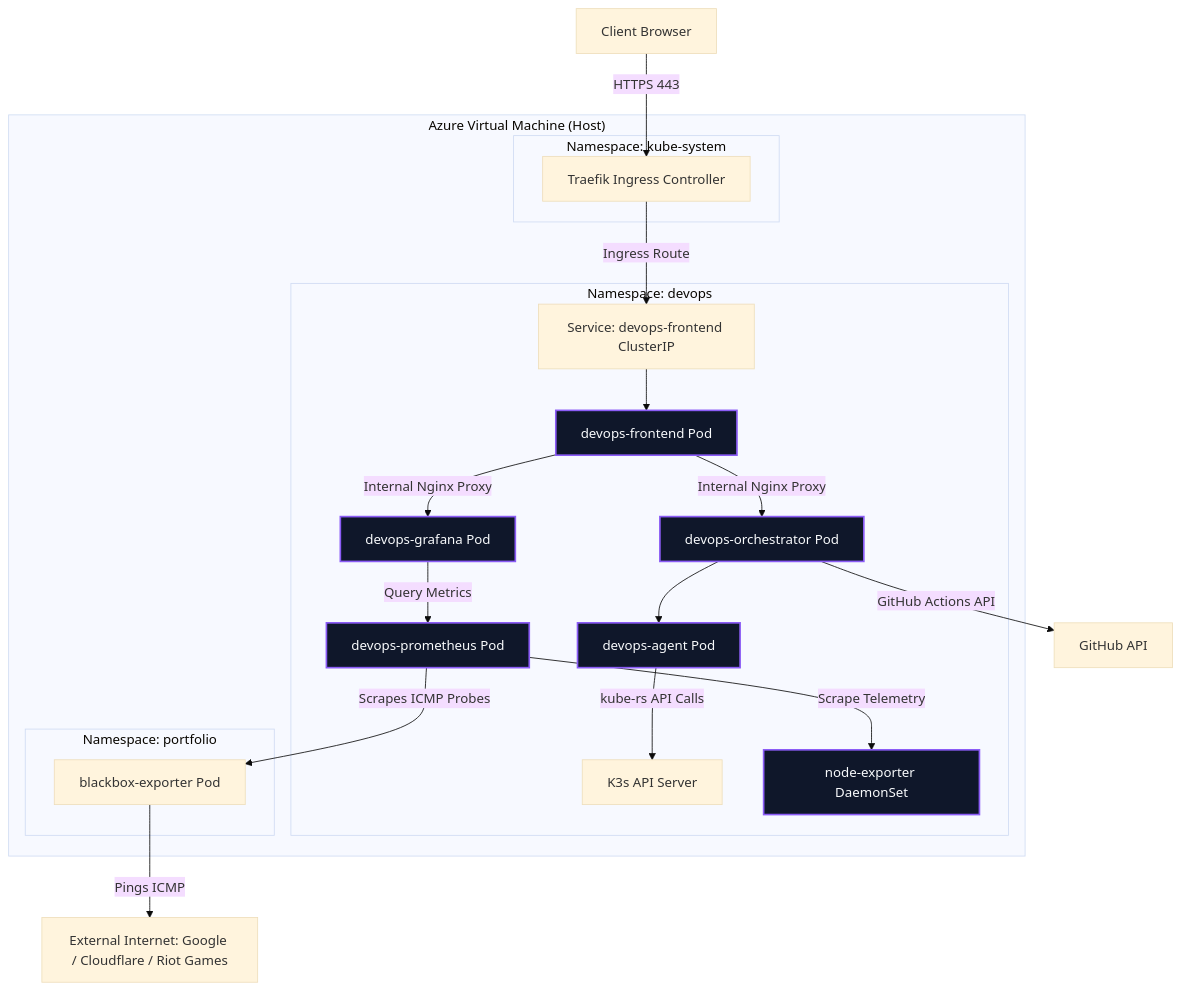
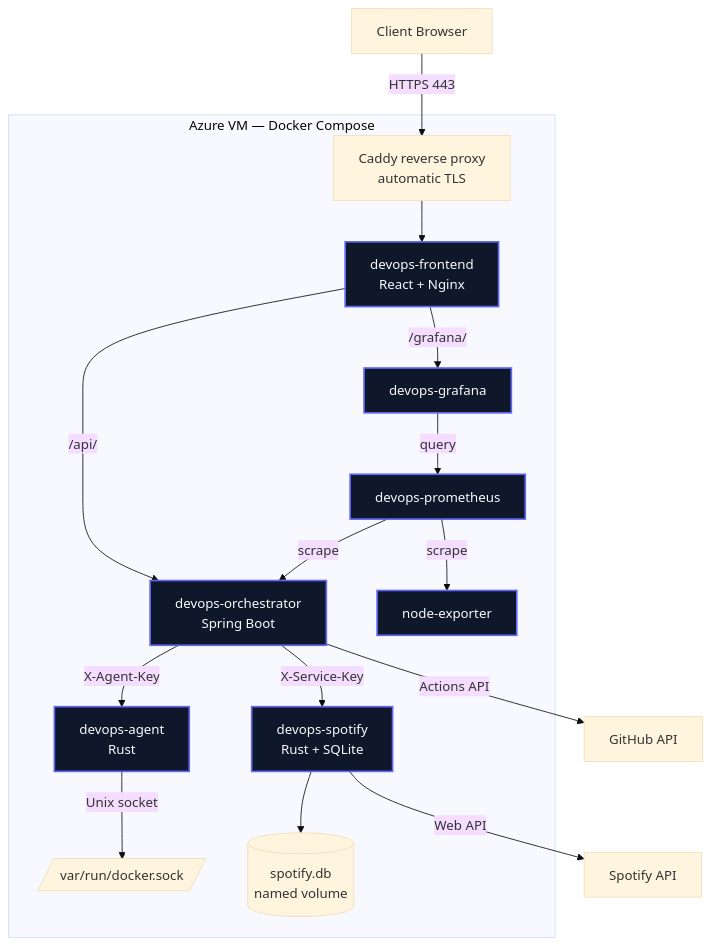
One commit to mattDev0/devops-control-center changed the first of 2 diagrams in README.md. Above: the diagram before and after it, drawn with Mermaid (base theme). The commit also changed other lines of this file, not shown here.

````diff
--- a/README.md
+++ b/README.md
@@ -34,34 +34,26 @@
 ```mermaid
 graph TD
-    Client[Client Browser] -->|HTTPS 443| Traefik[Traefik Ingress Controller]
-    
-    subgraph "Azure Virtual Machine (Host)"
-        subgraph "Namespace: kube-system"
-            Traefik
-        end
+    Client[Client Browser] -->|HTTPS 443| Caddy[Caddy reverse proxy<br/>automatic TLS]
 
-        subgraph "Namespace: devops"
-            Traefik -->|Ingress Route| K8sDevOpsFE[Service: devops-frontend ClusterIP]
-            K8sDevOpsFE --> DevOpsFE[devops-frontend Pod]
-            DevOpsFE -->|Internal Nginx Proxy| Orchestrator[devops-orchestrator Pod]
-            DevOpsFE -->|Internal Nginx Proxy| Grafana[devops-grafana Pod]
-            
-            Orchestrator --> Agent[devops-agent Pod]
-            Agent -->|kube-rs API Calls| K8sAPI[K3s API Server]
-            
-            Grafana -->|Query Metrics| Prom[devops-prometheus Pod]
-            Prom -->|Scrape Telemetry| NodeExp[node-exporter DaemonSet]
-        end
+    subgraph VM["Azure VM &mdash; Docker Compose"]
+        Caddy --> FE[devops-frontend<br/>React + Nginx]
+        FE -->|/api/| Orch[devops-orchestrator<br/>Spring Boot]
+        FE -->|/grafana/| Graf[devops-grafana]
 
-        subgraph "Namespace: portfolio"
-            Blackbox[blackbox-exporter Pod]
-        end
+        Orch -->|X-Agent-Key| Agent[devops-agent<br/>Rust]
+        Orch -->|X-Service-Key| Spot[devops-spotify<br/>Rust + SQLite]
+
+        Agent -->|Unix socket| Sock[/var/run/docker.sock/]
+        Spot --> DB[(spotify.db<br/>named volume)]
+
+        Graf -->|query| Prom[devops-prometheus]
+        Prom -->|scrape| NodeExp[node-exporter]
+        Prom -->|scrape| Orch
     end
 
-    Orchestrator -->|GitHub Actions API| GitHub[GitHub API]
-    Prom -->|Scrapes ICMP Probes| Blackbox
-    Blackbox -->|Pings ICMP| Internet[External Internet: Google / Cloudflare / Riot Games]
+    Orch -->|Actions API| GitHub[GitHub API]
+    Spot -->|Web API| Spotify[Spotify API]
 
-    classDef devops fill:#0f172a,stroke:#8b5cf6,stroke-width:2px,color:#f8fafc;
-    class DevOpsFE,Orchestrator,Agent,Grafana,Prom,NodeExp devops;
+    classDef svc fill:#0f172a,stroke:#6366f1,stroke-width:2px,color:#f8fafc;
+    class FE,Orch,Agent,Spot,Graf,Prom,NodeExp svc;
 ```
````
